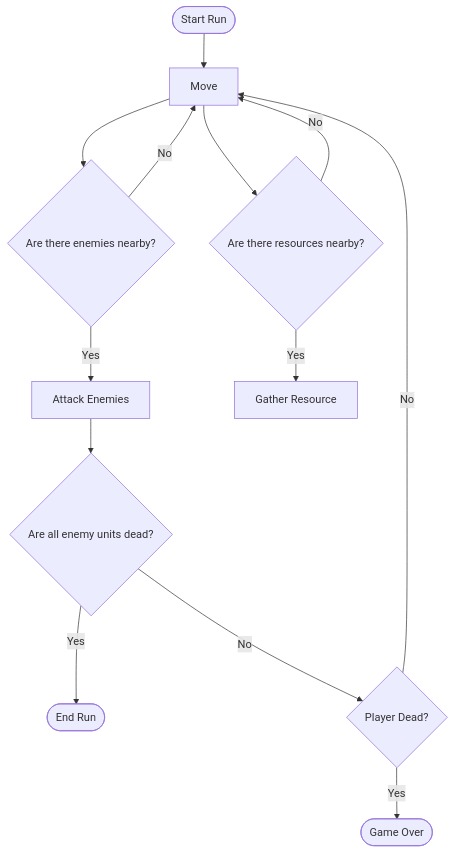
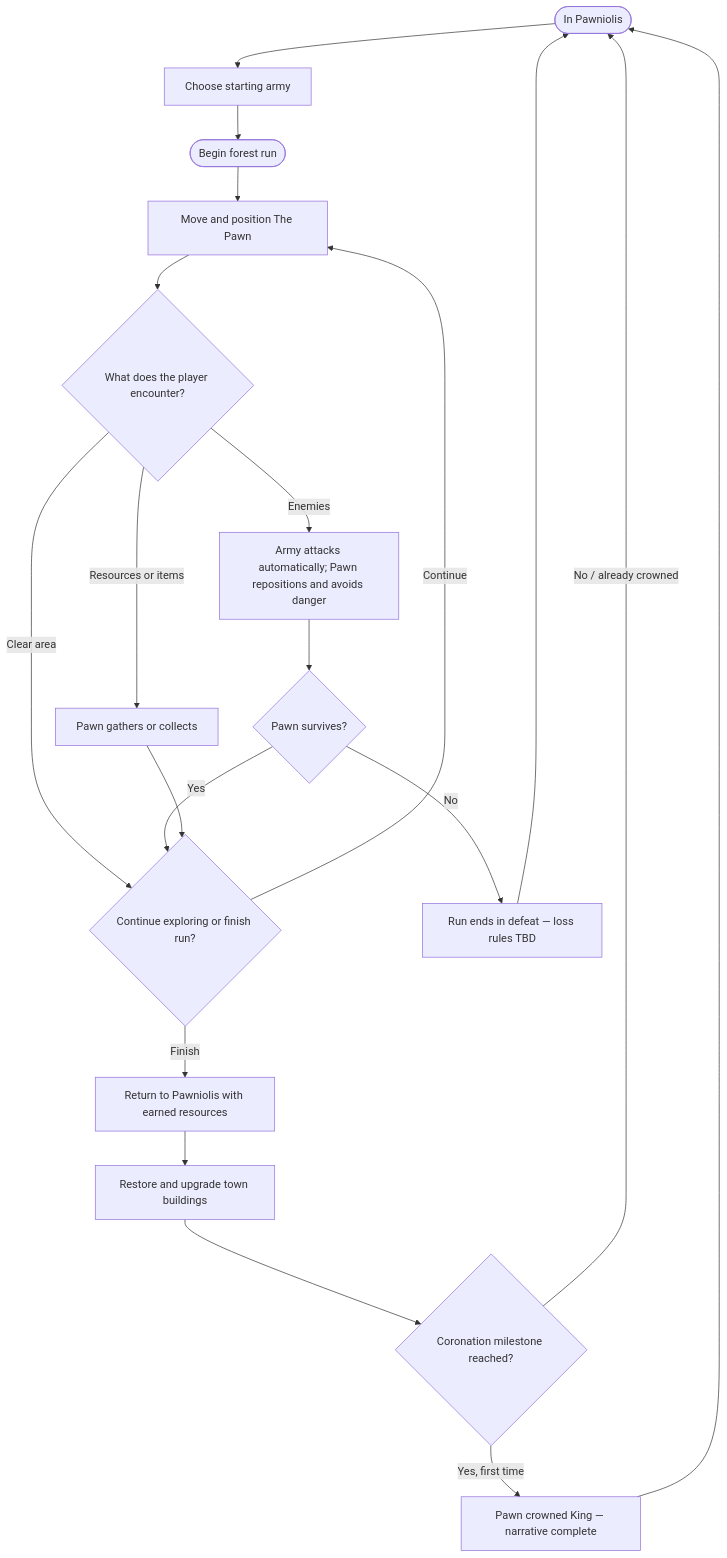
The diagram in README.md (ThyWooof/Pawny_Meadows_MVP), drawn with Mermaid before and after one commit. The commit also changed other lines of this file, not shown here.

First line of the commit message:
Update README with improved game description and mechanics

````diff
--- a/README.md
+++ b/README.md
@@ -45,21 +74,22 @@
 ```mermaid
 flowchart TD
-
-A([Start Run]) --> B[Move]
-B --> C{Are there enemies nearby?}
-B --> D{Are there resources nearby?}
-
-C -- Yes --> E[Attack Enemies]
-C -- No --> B
-
-E --> G{Are all enemy units dead?}
-G -- Yes --> H([End Run])
-G -- No --> I{Player Dead?}
-
-I -- Yes --> J([Game Over])
-I -- No --> B
-
-D -- Yes --> F[Gather Resource]
-D -- No --> B
-
+    A([In Pawniolis]) --> B[Choose starting army]
+    B --> C([Begin forest run])
+    C --> D[Move and position The Pawn]
+    D --> E{What does the player encounter?}
+    E -->|Enemies| F[Army attacks automatically; Pawn repositions and avoids danger]
+    E -->|Resources or items| G[Pawn gathers or collects]
+    E -->|Clear area| H{Continue exploring or finish run?}
+    F --> I{Pawn survives?}
+    I -->|Yes| H
+    I -->|No| J[Run ends in defeat — loss rules TBD]
+    G --> H
+    H -->|Continue| D
+    H -->|Finish| K[Return to Pawniolis with earned resources]
+    K --> L[Restore and upgrade town buildings]
+    L --> M{Coronation milestone reached?}
+    M -->|Yes, first time| N[Pawn crowned King — narrative complete]
+    M -->|No / already crowned| A
+    N --> A
+    J --> A
 ```
````
